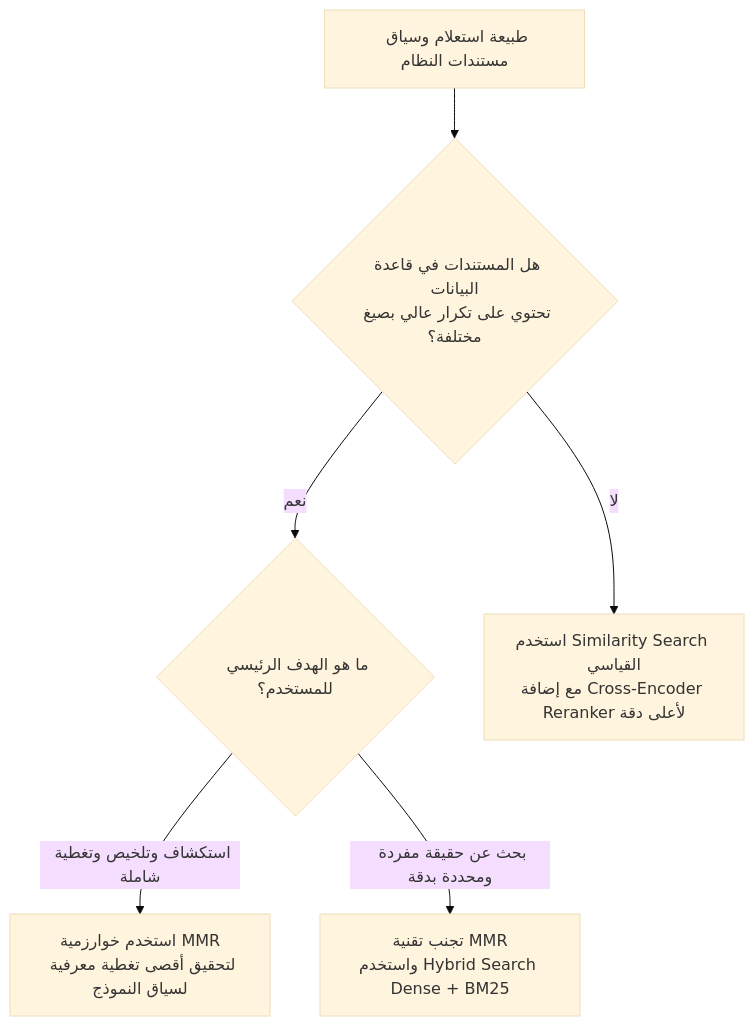
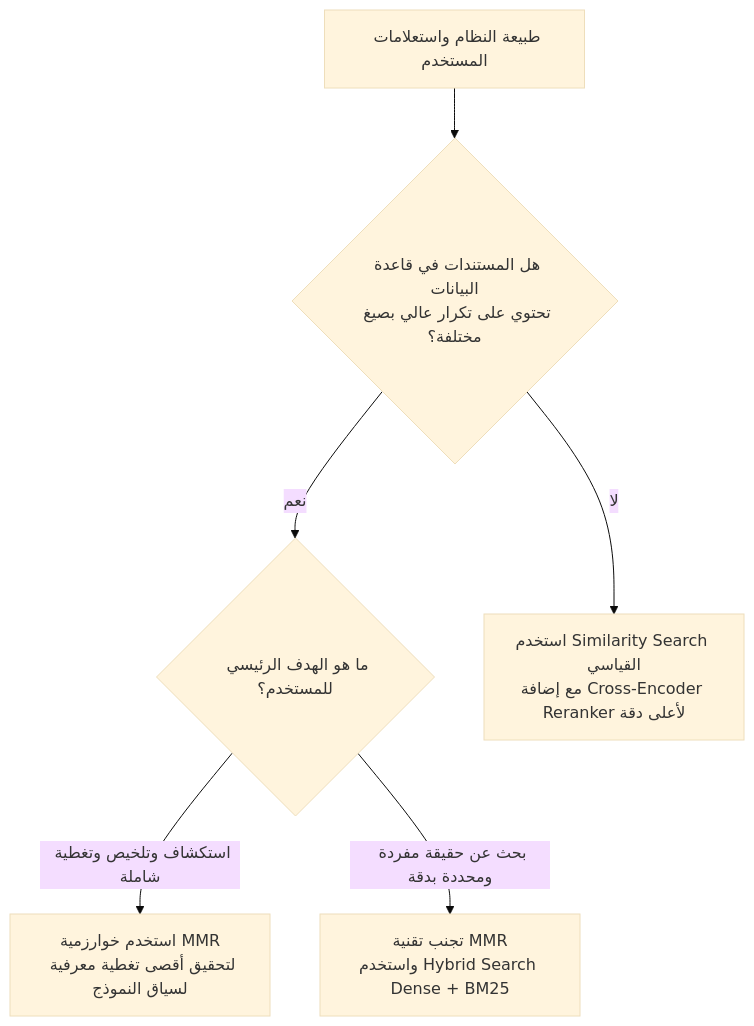
Before and after one commit to ali-abofouda/RAG-Mastery: the diagram in docs/05-hybrid-search-and-retrieval/08-when-to-use-mmr.md, drawn with Mermaid (base theme). The commit also changed other lines of this file and 3 other files, not shown here.

````diff
--- a/docs/05-hybrid-search-and-retrieval/08-when-to-use-mmr.md
+++ b/docs/05-hybrid-search-and-retrieval/08-when-to-use-mmr.md
@@ -8,10 +26,10 @@
 ```mermaid
 flowchart TD
-    Start["طبيعة استعلام وسياق مستندات النظام"] --> Q1{"هل المستندات في قاعدة البيانات<br/>تحتوي على تكرار عالي بصيغ مختلفة؟"}
+    Start["طبيعة النظام واستعلامات المستخدم"] --> Q1{"هل المستندات في قاعدة البيانات<br/>تحتوي على تكرار عالي بصيغ مختلفة؟"}
     
     Q1 -->|نعم| Q2{"ما هو الهدف الرئيسي للمستخدم؟"}
     Q1 -->|لا| SimOrRerank["استخدم Similarity Search القياسي<br/>مع إضافة Cross-Encoder Reranker لأعلى دقة"]
     
     Q2 -->|استكشاف وتلخيص وتغطية شاملة| UseMMR["استخدم خوارزمية MMR<br/>لتحقيق أقصى تغطية معرفية لسياق النموذج"]
     Q2 -->|بحث عن حقيقة مفردة ومحددة بدقة| AvoidMMR["تجنب تقنية MMR<br/>واستخدم Hybrid Search Dense + BM25"]
 ```
````
